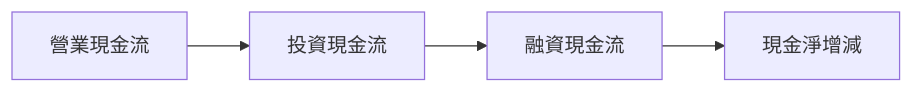
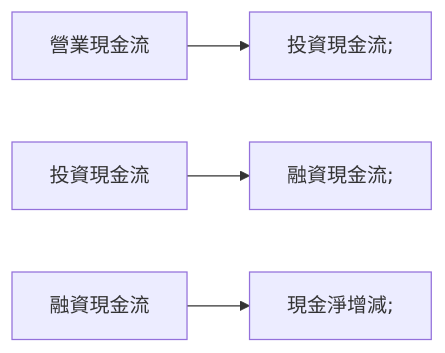
One commit to yennanliu/finance_data changed the seventh of 11 diagrams in ai_gen_report/stock/meta/fundamental_analysis_2026-03-25_openai.md. Above: the diagram before and after it, drawn with Mermaid. The commit also changed other lines of this file and 2258 other files, not shown here.

First line of the commit message:
chore: backfill Mermaid syntax repair across existing reports

````diff
--- a/ai_gen_report/stock/meta/fundamental_analysis_2026-03-25_openai.md
+++ b/ai_gen_report/stock/meta/fundamental_analysis_2026-03-25_openai.md
@@ -185,6 +185,6 @@
 ```mermaid
 graph LR
-    營業現金流 --> 投資現金流;
-    投資現金流 --> 融資現金流;
-    融資現金流 --> 現金淨增減;
+    營業現金流 --> nb1["投資現金流;"]
+    投資現金流 --> nb2["融資現金流;"]
+    融資現金流 --> nb3["現金淨增減;"]
 ```
````
